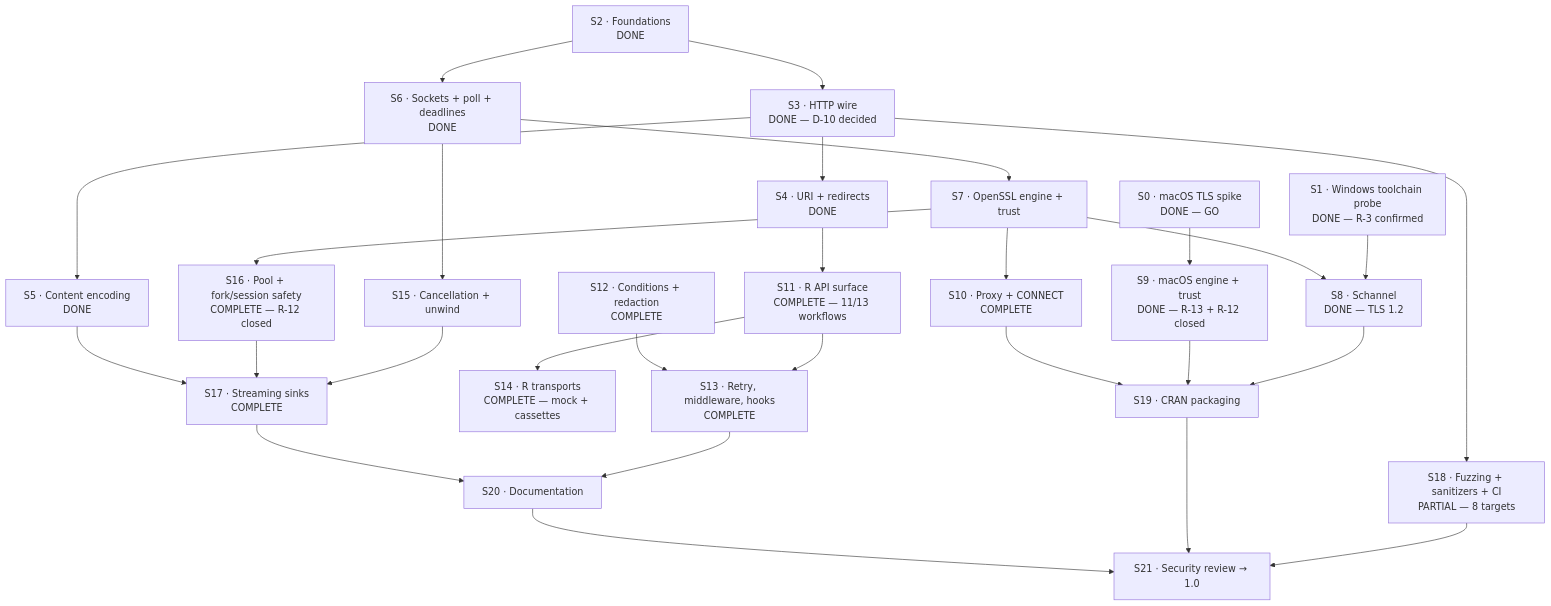
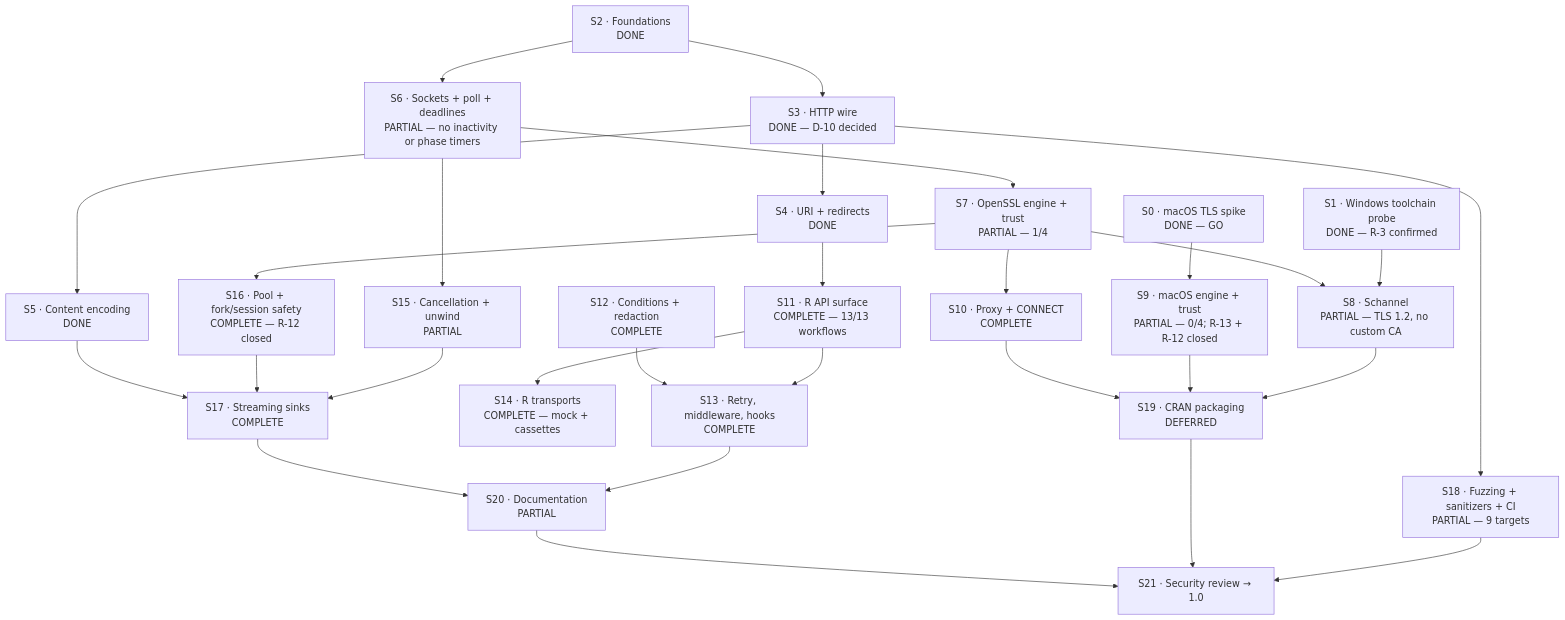
One commit to pedrobtz/zuhttp changed the diagram in .agents/roadmap.md. Above: the diagram before and after it, drawn with Mermaid. The commit also changed other lines of this file and 2 other files, not shown here.

````diff
--- a/.agents/roadmap.md
+++ b/.agents/roadmap.md
@@ -28,58 +29,58 @@
 ```mermaid
 graph TD
     S0["S0 · macOS TLS spike<br/>DONE — GO"]
     S1["S1 · Windows toolchain probe<br/>DONE — R-3 confirmed"]
 
     S2["S2 · Foundations<br/>DONE"]
     S3["S3 · HTTP wire<br/>DONE — D-10 decided"]
     S4["S4 · URI + redirects<br/>DONE"]
     S5["S5 · Content encoding<br/>DONE"]
 
-    S6["S6 · Sockets + poll + deadlines<br/>DONE"]
-    S7["S7 · OpenSSL engine + trust"]
-    S8["S8 · Schannel<br/>DONE — TLS 1.2"]
-    S9["S9 · macOS engine + trust<br/>DONE — R-13 + R-12 closed"]
+    S6["S6 · Sockets + poll + deadlines<br/>PARTIAL — no inactivity or phase timers"]
+    S7["S7 · OpenSSL engine + trust<br/>PARTIAL — 1/4"]
+    S8["S8 · Schannel<br/>PARTIAL — TLS 1.2, no custom CA"]
+    S9["S9 · macOS engine + trust<br/>PARTIAL — 0/4; R-13 + R-12 closed"]
     S10["S10 · Proxy + CONNECT<br/>COMPLETE"]
 
-    S11["S11 · R API surface<br/>COMPLETE — 11/13 workflows"]
+    S11["S11 · R API surface<br/>COMPLETE — 13/13 workflows"]
     S12["S12 · Conditions + redaction<br/>COMPLETE"]
     S13["S13 · Retry, middleware, hooks<br/>COMPLETE"]
     S14["S14 · R transports<br/>COMPLETE — mock + cassettes"]
 
-    S15["S15 · Cancellation + unwind"]
+    S15["S15 · Cancellation + unwind<br/>PARTIAL"]
     S16["S16 · Pool + fork/session safety<br/>COMPLETE — R-12 closed"]
     S17["S17 · Streaming sinks<br/>COMPLETE"]
 
-    S18["S18 · Fuzzing + sanitizers + CI<br/>PARTIAL — 8 targets"]
-    S19["S19 · CRAN packaging"]
-    S20["S20 · Documentation"]
+    S18["S18 · Fuzzing + sanitizers + CI<br/>PARTIAL — 9 targets"]
+    S19["S19 · CRAN packaging<br/>DEFERRED"]
+    S20["S20 · Documentation<br/>PARTIAL"]
     S21["S21 · Security review → 1.0"]
 
     S0 --> S9
     S1 --> S8
     S2 --> S3
     S2 --> S6
     S3 --> S4
     S3 --> S5
     S3 --> S18
     S6 --> S7
     S6 --> S15
     S7 --> S8
     S7 --> S10
     S7 --> S16
     S8 --> S19
     S9 --> S19
     S4 --> S11
     S11 --> S13
     S12 --> S13
     S11 --> S14
     S15 --> S17
     S16 --> S17
     S13 --> S20
     S17 --> S20
     S18 --> S21
     S19 --> S21
     S20 --> S21
     S10 --> S19
     S5 --> S17
 ```
````
